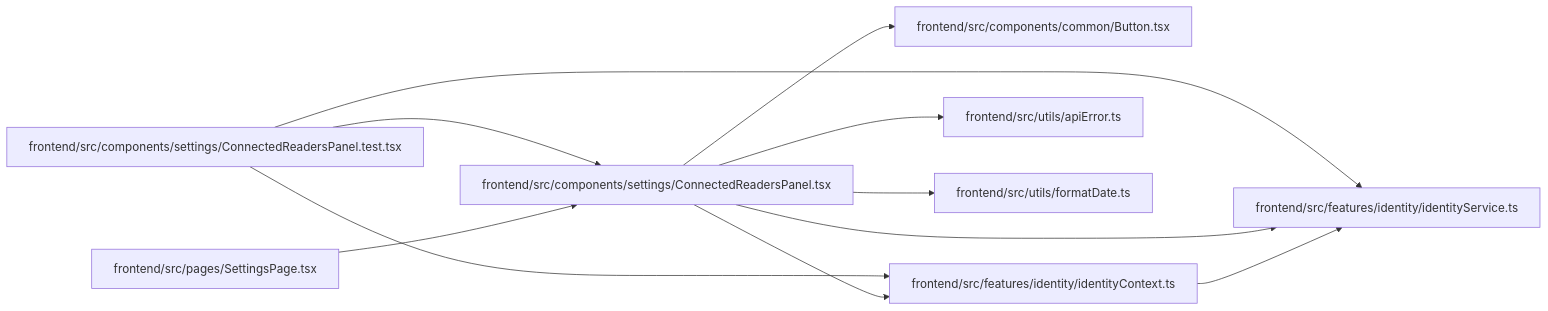
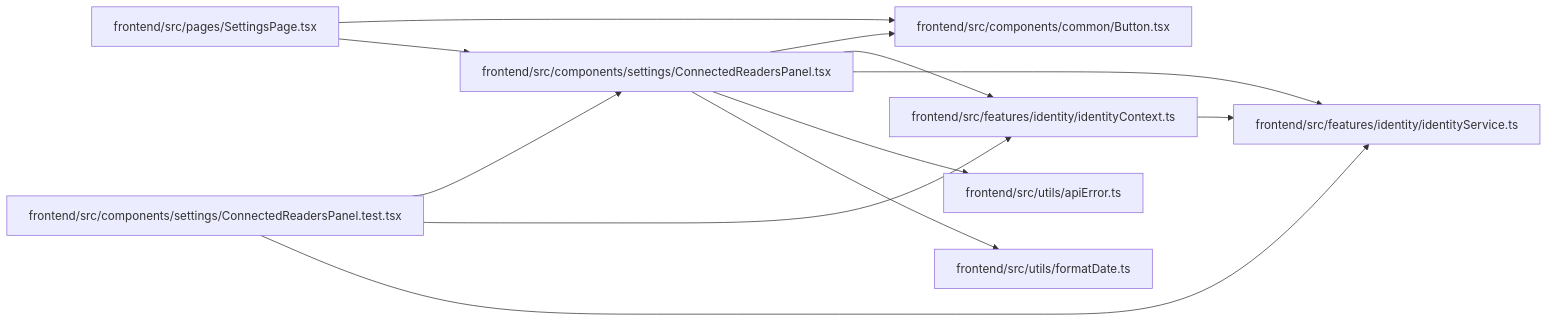
The diagram in docs/llm_wiki/modules/ConnectedReadersPanel.md (Denissvgn/WorkChord), drawn with Mermaid before and after one commit. The commit also changed 2373 other files, not shown here.

````diff
--- a/docs/llm_wiki/modules/ConnectedReadersPanel.md
+++ b/docs/llm_wiki/modules/ConnectedReadersPanel.md
@@ -34,29 +34,30 @@
 ```mermaid
 flowchart LR
     n0["frontend/src/components/common/Button.tsx"]
     n1["frontend/src/components/settings/ConnectedReadersPanel.test.tsx"]
     n2["frontend/src/components/settings/ConnectedReadersPanel.tsx"]
     n3["frontend/src/features/identity/identityContext.ts"]
     n4["frontend/src/features/identity/identityService.ts"]
     n5["frontend/src/pages/SettingsPage.tsx"]
     n6["frontend/src/utils/apiError.ts"]
     n7["frontend/src/utils/formatDate.ts"]
     n1 --> n2
     n1 --> n3
     n1 --> n4
     n2 --> n0
     n2 --> n3
     n2 --> n4
     n2 --> n6
     n2 --> n7
     n3 --> n4
+    n5 --> n0
     n5 --> n2
     click n0 "../modules/Button.md"
     click n1 "../modules/ConnectedReadersPanel.test.md"
     click n2 "../modules/ConnectedReadersPanel.md"
     click n3 "../modules/identityContext.md"
     click n4 "../modules/identityService.md"
     click n5 "../modules/SettingsPage.md"
     click n6 "../modules/apiError.md"
     click n7 "../modules/formatDate.md"
 ```
````
